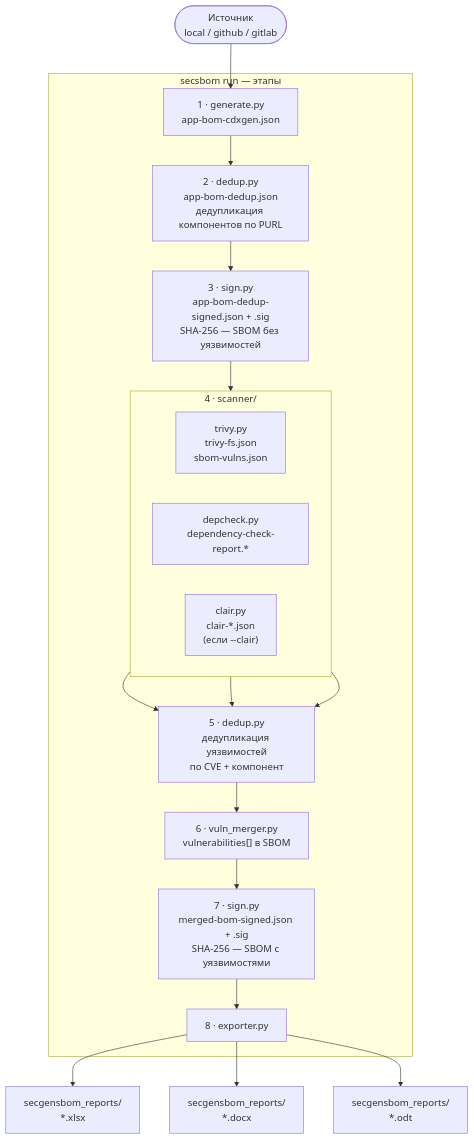
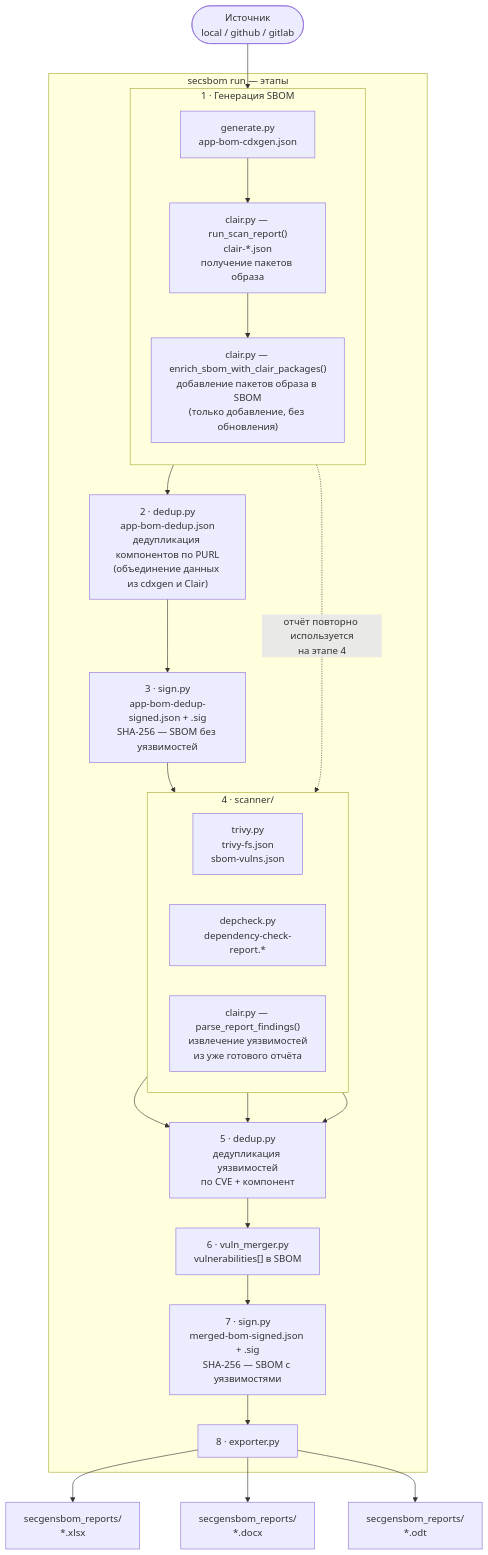
One commit to overr4m/sbom_genform changed the diagram in README.md. Above: the diagram before and after it, drawn with Mermaid. The commit also changed 3 other files, not shown here.

Commit message:
fix: clair SBOM enrichment on step one

````diff
--- a/README.md
+++ b/README.md
@@ -269,27 +269,36 @@
 ```mermaid
 flowchart TD
     IN(["Источник\nlocal / github / gitlab"]) --> GEN
 
     subgraph pipeline["secsbom run — этапы"]
-        GEN["1 · generate.py\napp-bom-cdxgen.json"]
-        GEN --> DEDUP["2 · dedup.py\napp-bom-dedup.json\nдедупликация компонентов по PURL"]
+        subgraph STEP1["1 · Генерация SBOM"]
+            direction TB
+            GEN["generate.py\napp-bom-cdxgen.json"]
+            CLAIR_SCAN["clair.py — run_scan_report()\nclair-*.json\nполучение пакетов образа"]
+            CLAIR_ENRICH["clair.py — enrich_sbom_with_clair_packages()\nдобавление пакетов образа в SBOM\n(только добавление, без обновления)"]
+            GEN --> CLAIR_SCAN --> CLAIR_ENRICH
+        end
+
+        STEP1 --> DEDUP["2 · dedup.py\napp-bom-dedup.json\nдедупликация компонентов по PURL\n(объединение данных из cdxgen и Clair)"]
         DEDUP --> SIGN1["3 · sign.py\napp-bom-dedup-signed.json + .sig\nSHA-256 — SBOM без уязвимостей"]
         SIGN1 --> SCAN
 
         subgraph SCAN["4 · scanner/"]
             direction LR
             TRIVY["trivy.py\ntrivy-fs.json\nsbom-vulns.json"]
             DEPCHECK["depcheck.py\ndependency-check-report.*"]
-            CLAIR["clair.py\nclair-*.json\n(если --clair)"]
+            CLAIR_VULNS["clair.py — parse_report_findings()\nизвлечение уязвимостей\nиз уже готового отчёта"]
         end
 
-        TRIVY & DEPCHECK & CLAIR --> DDUP2["5 · dedup.py\nдедупликация уязвимостей\nпо CVE + компонент"]
+        TRIVY & DEPCHECK & CLAIR_VULNS --> DDUP2["5 · dedup.py\nдедупликация уязвимостей\nпо CVE + компонент"]
         DDUP2 --> MERGE["6 · vuln_merger.py\nvulnerabilities[] в SBOM"]
         MERGE --> SIGN2["7 · sign.py\nmerged-bom-signed.json + .sig\nSHA-256 — SBOM с уязвимостями"]
         SIGN2 --> EXPORT["8 · exporter.py"]
     end
 
+    CLAIR_SCAN -.->|"отчёт повторно используется\nна этапе 4"| CLAIR_VULNS
+
     EXPORT --> XLSX["secgensbom_reports/\n*.xlsx"]
     EXPORT --> DOCX["secgensbom_reports/\n*.docx"]
     EXPORT --> ODT["secgensbom_reports/\n*.odt"]
 ```
````
